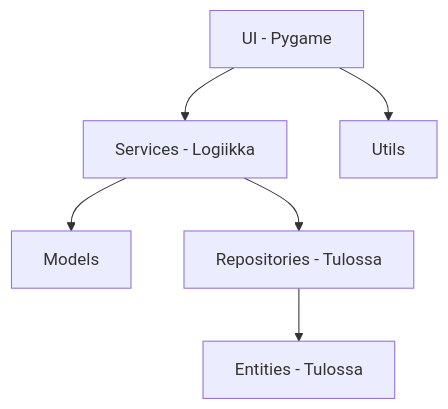
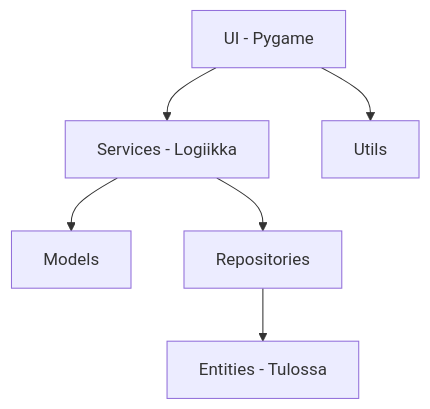
The first of 8 diagrams in dokumentaatio/arkkitehtuuri.md (Tapir79/ot-harjoitustyo), drawn with Mermaid before and after one commit. The commit also changed other lines of this file and 1 other file, not shown here.

````diff
--- a/dokumentaatio/arkkitehtuuri.md
+++ b/dokumentaatio/arkkitehtuuri.md
@@ -7,9 +7,9 @@
 ```mermaid
 graph TD
     UI[UI - Pygame] --> Services
     UI[UI - Pygame] --> Utils
     Services[Services - Logiikka] --> Models
-    Services --> Repositories[Repositories - Tulossa]
+    Services --> Repositories[Repositories]
     Repositories --> Entities[Entities - Tulossa]
 
 ```
````
